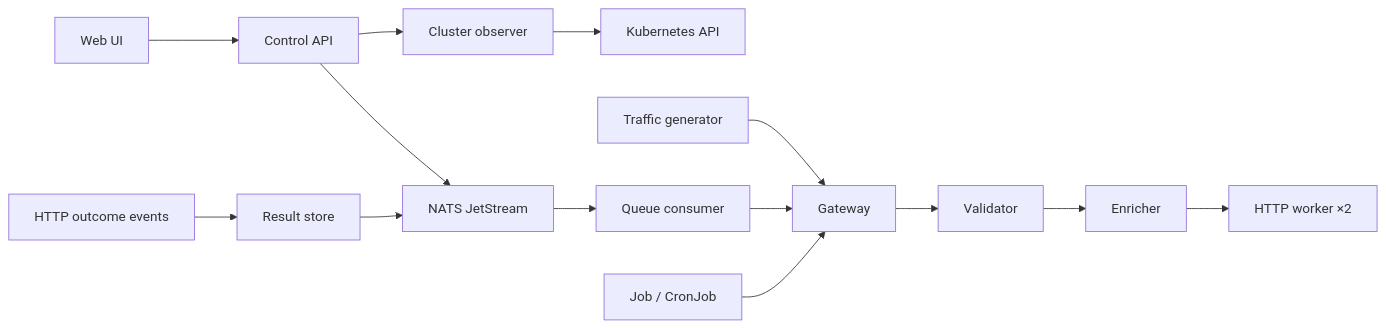
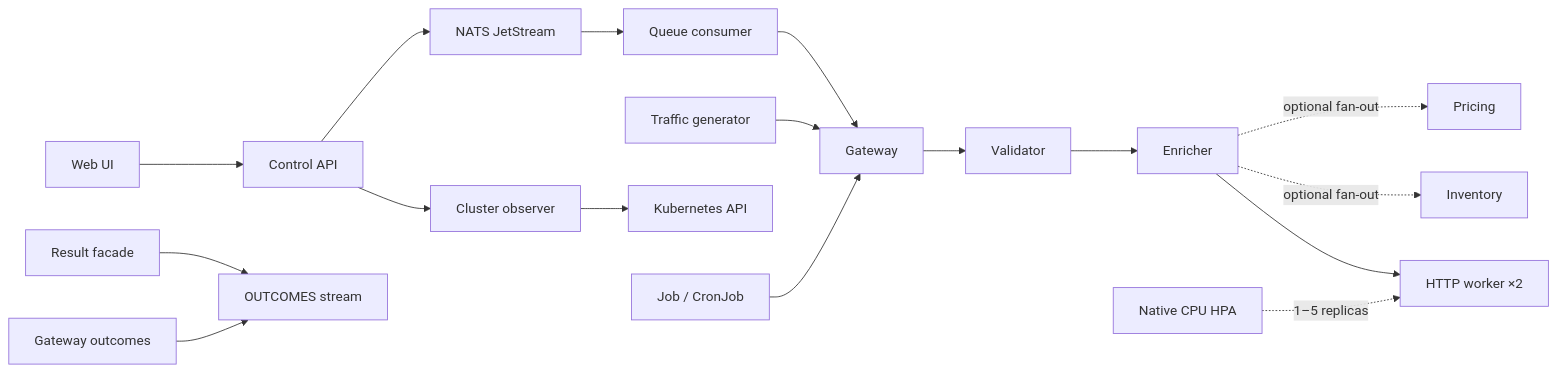
One commit to maciekb2/task-manager2 changed the diagram in README.md. Above: the diagram before and after it, drawn with Mermaid. The commit also changed other lines of this file and 7 other files, not shown here.

````diff
--- a/README.md
+++ b/README.md
@@ -72,16 +88,19 @@
 ```mermaid
 flowchart LR
   browser[Web UI] --> control[Control API]
   control --> observer[Cluster observer]
   observer --> kubernetes[Kubernetes API]
   generator[Traffic generator] --> gateway[Gateway]
   gateway --> validator[Validator]
   validator --> enricher[Enricher]
   enricher --> echo[HTTP worker ×2]
+  enricher -. optional fan-out .-> inventory[Inventory]
+  enricher -. optional fan-out .-> pricing[Pricing]
   control --> nats[NATS JetStream]
   nats --> consumer[Queue consumer]
   consumer --> gateway
-  events[HTTP outcome events] --> store[Result store]
-  store --> nats
+  events[Gateway outcomes] --> outcomes[OUTCOMES stream]
+  store[Result facade] --> outcomes
+  hpa[Native CPU HPA] -. 1–5 replicas .-> echo
   job[Job / CronJob] --> gateway
 ```
````
